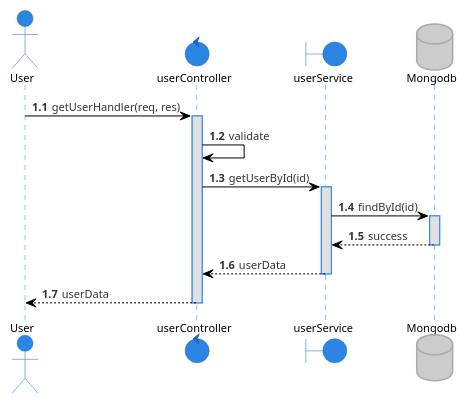
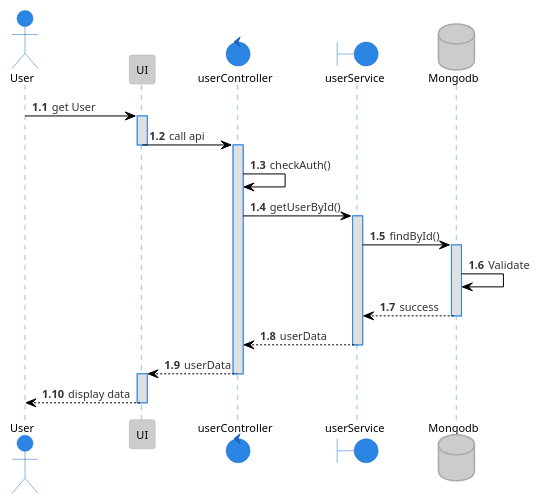
The diagram in plantuml/sequence/user/getUser.puml (tuannm99/RMS), drawn with PlantUML before and after one commit. The commit also changed 9 other files, not shown here.

Commit message:
fix - sequence diagram job and user

```diff
--- a/plantuml/sequence/user/getUser.puml
+++ b/plantuml/sequence/user/getUser.puml
@@ -1,24 +1,32 @@
 @startuml getUser
 !theme reddress-lightblue
 
 autonumber 1.1
 actor User
+participant UI
 control  userController
 boundary userService
 database Mongodb
 
-User -> userController: getUserHandler(req, res)
+User -> UI: get User
+activate UI
+UI -> userController: call api
+deactivate UI
 activate userController
-userController -> userController: validate
-userController -> userService: getUserById(id)
+userController -> userController: checkAuth()
+userController -> userService: getUserById()
 activate userService
-userService -> Mongodb: findById(id)
+userService -> Mongodb: findById()
 activate Mongodb
+Mongodb -> Mongodb: Validate
 Mongodb --> userService: success
 deactivate Mongodb
 userService --> userController: userData
 deactivate userService
-userController --> User: userData
+userController --> UI: userData
 deactivate userController
+activate UI
+UI --> User: display data
+deactivate UI
 
 @enduml
```
